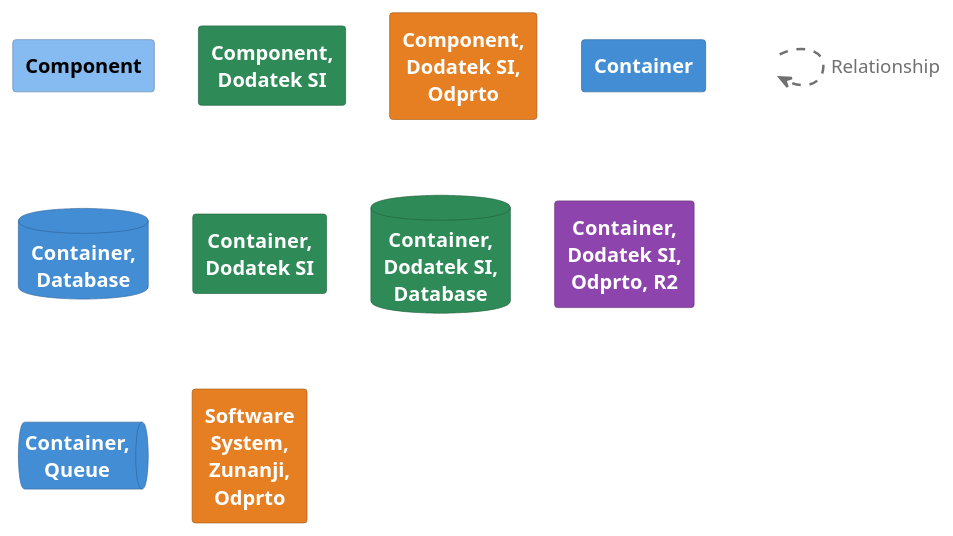
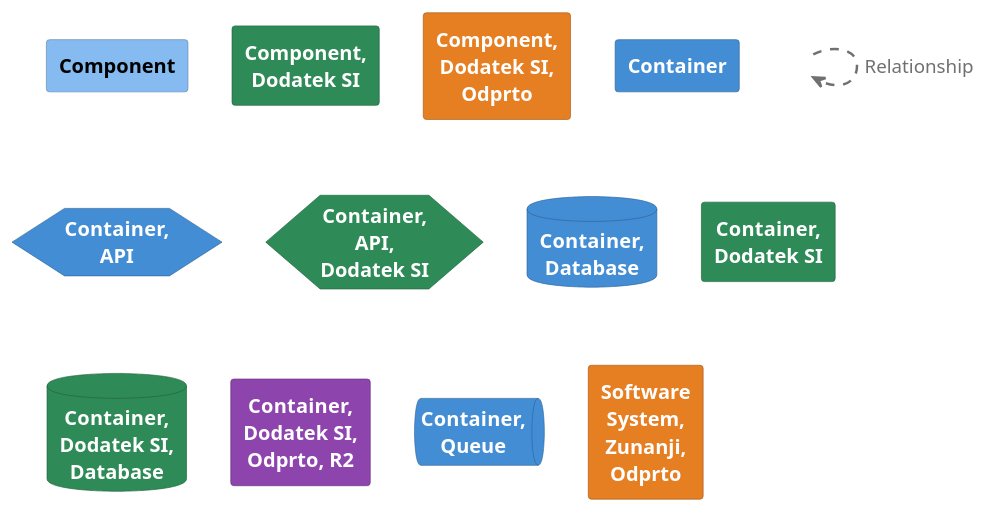
One commit to UM-KGPI/eFTI-Gate-SI changed the diagram in architecture/diagrams/structurizr-C3-Komponente-key.puml. Above: the diagram before and after it, drawn with PlantUML. The commit also changed 46 other files, not shown here.

```diff
--- a/architecture/diagrams/structurizr-C3-Komponente-key.puml
+++ b/architecture/diagrams/structurizr-C3-Komponente-key.puml
@@ -1,93 +1,107 @@
 @startuml
 set separator none
 
 skinparam {
   shadowing false
   arrowFontSize 15
   defaultTextAlignment center
   wrapWidth 100
   maxMessageSize 100
 }
 hide stereotype
 
 skinparam rectangle<<_transparent>> {
   BorderColor transparent
   BackgroundColor transparent
   FontColor transparent
 }
 
 skinparam rectangle<<1>> {
   BackgroundColor #85bbf0
   FontColor #000000
   BorderColor #5d82a8
 }
 rectangle "==Component" <<1>>
 
 skinparam rectangle<<2>> {
   BackgroundColor #2e8b57
   FontColor #ffffff
   BorderColor #20613c
 }
 rectangle "==Component, Dodatek SI" <<2>>
 
 skinparam rectangle<<3>> {
   BackgroundColor #e67e22
   FontColor #ffffff
   BorderColor #a15817
 }
 rectangle "==Component, Dodatek SI, Odprto" <<3>>
 
 skinparam rectangle<<4>> {
   BackgroundColor #438dd5
   FontColor #ffffff
   BorderColor #2e6295
 }
 rectangle "==Container" <<4>>
 
-skinparam database<<5>> {
+skinparam hexagon<<5>> {
   BackgroundColor #438dd5
   FontColor #ffffff
   BorderColor #2e6295
 }
-database "==Container, Database" <<5>>
+hexagon "==Container, API" <<5>>
 
-skinparam rectangle<<6>> {
+skinparam hexagon<<6>> {
   BackgroundColor #2e8b57
   FontColor #ffffff
   BorderColor #20613c
 }
-rectangle "==Container, Dodatek SI" <<6>>
+hexagon "==Container, API, Dodatek SI" <<6>>
 
 skinparam database<<7>> {
+  BackgroundColor #438dd5
+  FontColor #ffffff
+  BorderColor #2e6295
+}
+database "==Container, Database" <<7>>
+
+skinparam rectangle<<8>> {
   BackgroundColor #2e8b57
   FontColor #ffffff
   BorderColor #20613c
 }
-database "==Container, Dodatek SI, Database" <<7>>
+rectangle "==Container, Dodatek SI" <<8>>
 
-skinparam rectangle<<8>> {
+skinparam database<<9>> {
+  BackgroundColor #2e8b57
+  FontColor #ffffff
+  BorderColor #20613c
+}
+database "==Container, Dodatek SI, Database" <<9>>
+
+skinparam rectangle<<10>> {
   BackgroundColor #8e44ad
   FontColor #ffffff
   BorderColor #632f79
 }
-rectangle "==Container, Dodatek SI, Odprto, R2" <<8>>
+rectangle "==Container, Dodatek SI, Odprto, R2" <<10>>
 
-skinparam queue<<9>> {
+skinparam queue<<11>> {
   BackgroundColor #438dd5
   FontColor #ffffff
   BorderColor #2e6295
 }
-queue "==Container, Queue" <<9>>
+queue "==Container, Queue" <<11>>
 
-skinparam rectangle<<10>> {
+skinparam rectangle<<12>> {
   BackgroundColor #e67e22
   FontColor #ffffff
   BorderColor #a15817
 }
-rectangle "==Software System, Zunanji, Odprto" <<10>>
+rectangle "==Software System, Zunanji, Odprto" <<12>>
 
-rectangle "." <<_transparent>> as 11
-11 .[#707070,thickness=2].> 11 : "<color:#707070>Relationship"
+rectangle "." <<_transparent>> as 13
+13 .[#707070,thickness=2].> 13 : "<color:#707070>Relationship"
 
 
 @enduml
```
